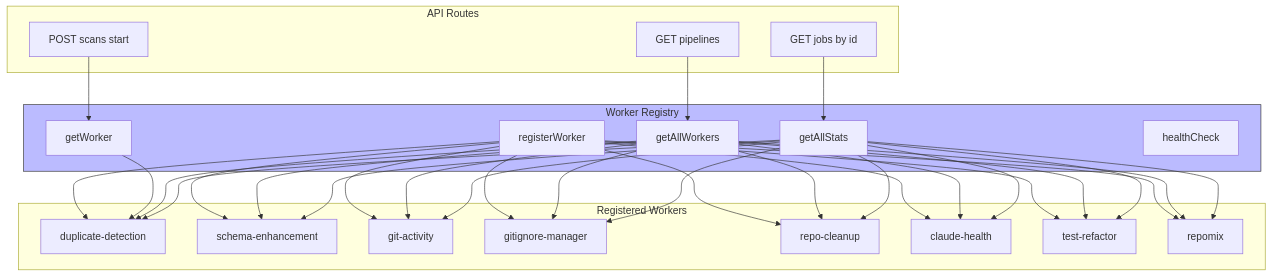
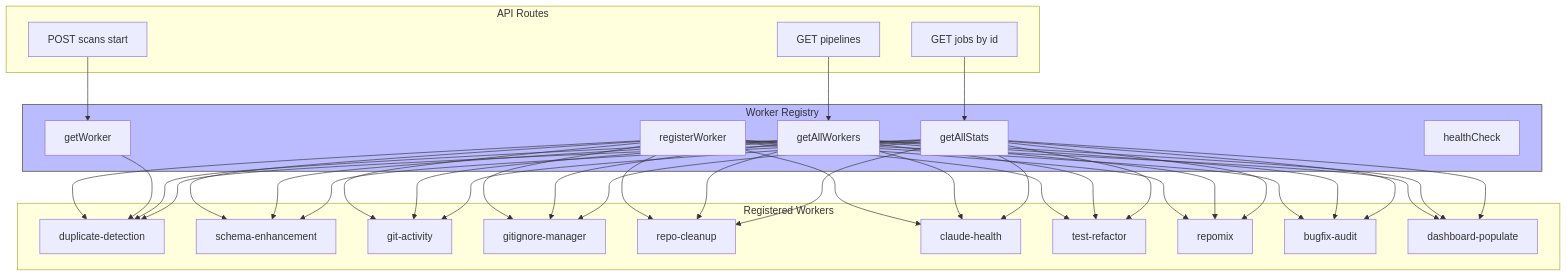
The ninth of 14 diagrams in docs/architecture/SYSTEM-DATA-FLOW.md (integritystudio/AlephAuto), drawn with Mermaid before and after one commit. The commit also changed other lines of this file and 4 other files, not shown here.

````diff
--- a/docs/architecture/SYSTEM-DATA-FLOW.md
+++ b/docs/architecture/SYSTEM-DATA-FLOW.md
@@ -510,40 +510,42 @@
 ```mermaid
 flowchart TB
     subgraph Registry["Worker Registry"]
         Register["registerWorker"]
         Get["getWorker"]
         All["getAllWorkers"]
         Stats["getAllStats"]
         Health["healthCheck"]
     end
 
     subgraph Workers["Registered Workers"]
         DD["duplicate-detection"]
         SE["schema-enhancement"]
         GA["git-activity"]
         GI["gitignore-manager"]
         RC["repo-cleanup"]
         CH["claude-health"]
         TR["test-refactor"]
         RM["repomix"]
+        BA["bugfix-audit"]
+        DP["dashboard-populate"]
     end
 
     subgraph API["API Routes"]
         Start["POST scans start"]
         List["GET pipelines"]
         Status["GET jobs by id"]
     end
 
-    Register --> DD & SE & GA & GI & RC & CH & TR & RM
+    Register --> DD & SE & GA & GI & RC & CH & TR & RM & BA & DP
 
     Start --> Get
     Get --> DD
 
     List --> All
-    All --> DD & SE & GA & GI & RC & CH & TR & RM
+    All --> DD & SE & GA & GI & RC & CH & TR & RM & BA & DP
 
     Status --> Stats
-    Stats --> DD & SE & GA & GI & RC & CH & TR & RM
+    Stats --> DD & SE & GA & GI & RC & CH & TR & RM & BA & DP
 
     style Registry fill:#bbf,stroke:#333
 ```
````
